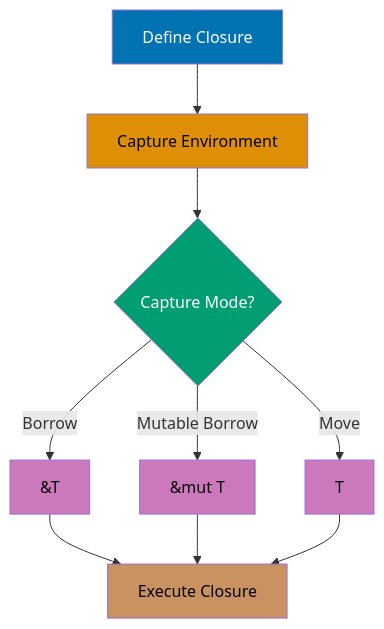
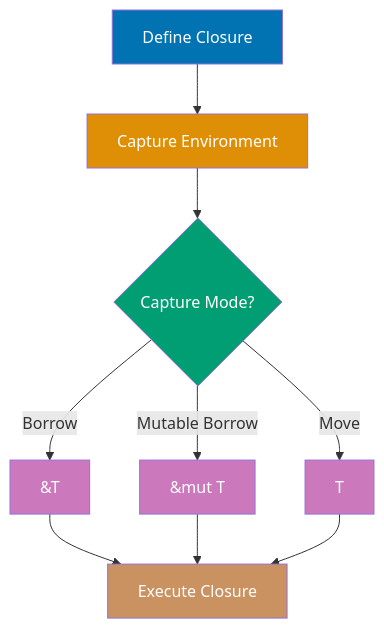
Before and after one commit to wahidyankf/open-sharia-enterprise: the fifth of 12 diagrams in apps/ayokoding-web/content/en/learn/software-engineering/programming-languages/rust/by-example/intermediate.md, drawn with Mermaid. The commit also changed other lines of this file and 61 other files, not shown here.

First line of the commit message:
fix(ayokoding-web): quote Mermaid node labels with special characters in Example 63

````diff
--- a/apps/ayokoding-web/content/en/learn/software-engineering/programming-languages/rust/by-example/intermediate.md
+++ b/apps/ayokoding-web/content/en/learn/software-engineering/programming-languages/rust/by-example/intermediate.md
@@ -929,19 +929,19 @@
 ```mermaid
 graph TD
     A[Define Closure] --> B[Capture Environment]
     B --> C{Capture Mode?}
     C -->|Borrow| D[&T]
     C -->|Mutable Borrow| E[&mut T]
     C -->|Move| F[T]
     D --> G[Execute Closure]
     E --> G
     F --> G
 
     style A fill:#0173B2,color:#fff
-    style B fill:#DE8F05,color:#000
+    style B fill:#DE8F05,color:#fff
     style C fill:#029E73,color:#fff
-    style D fill:#CC78BC,color:#000
-    style E fill:#CC78BC,color:#000
-    style F fill:#CC78BC,color:#000
-    style G fill:#CA9161,color:#000
+    style D fill:#CC78BC,color:#fff
+    style E fill:#CC78BC,color:#fff
+    style F fill:#CC78BC,color:#fff
+    style G fill:#CA9161,color:#fff
 ```
````
